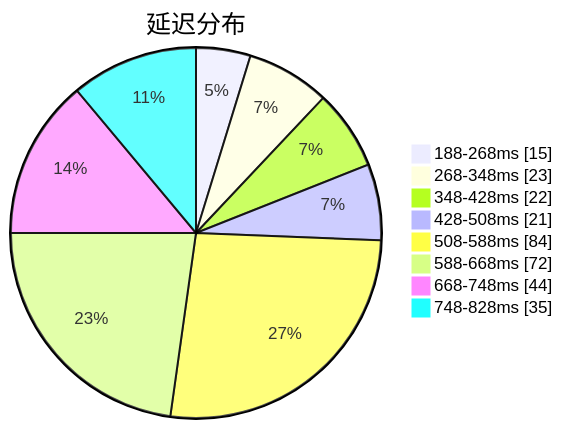
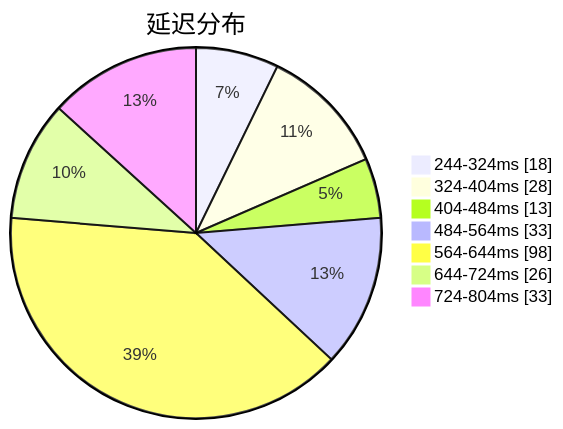
The first of 3 diagrams in subs/statistics/tested_within.md (qjlxg/airport), drawn with Mermaid before and after one commit. The commit also changed other lines of this file and 2 other files, not shown here.

Commit message:
Tested by metaST

````diff
--- a/subs/statistics/tested_within.md
+++ b/subs/statistics/tested_within.md
@@ -2,12 +2,11 @@
 ```mermaid
 pie showData
 title 延迟分布
-"188-268ms" : 15
-"268-348ms" : 23
-"348-428ms" : 22
-"428-508ms" : 21
-"508-588ms" : 84
-"588-668ms" : 72
-"668-748ms" : 44
-"748-828ms" : 35
+"244-324ms" : 18
+"324-404ms" : 28
+"404-484ms" : 13
+"484-564ms" : 33
+"564-644ms" : 98
+"644-724ms" : 26
+"724-804ms" : 33
 ```
````
